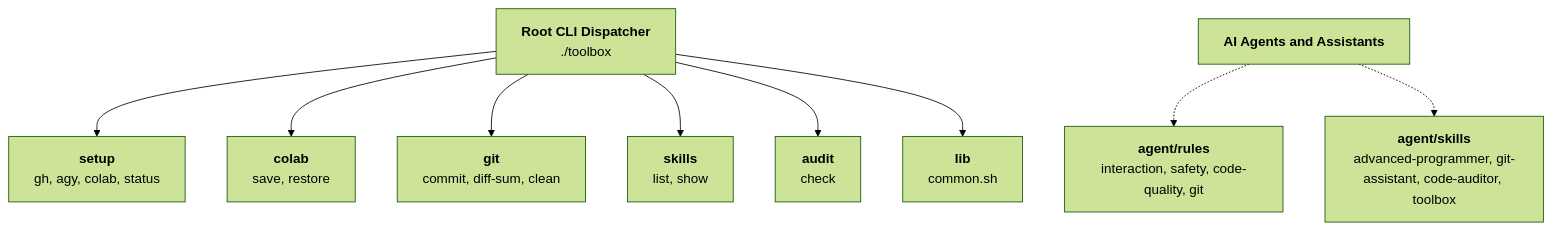
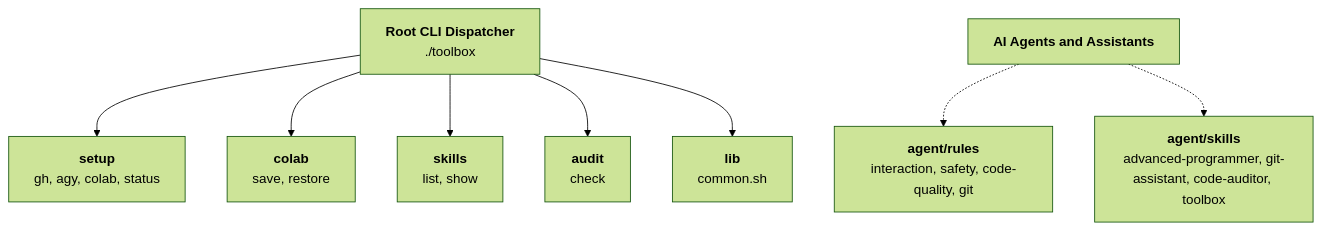
The diagram in AGENTS.md (mkh-user/toolbox), drawn with Mermaid (forest theme) before and after one commit. The commit also changed other lines of this file and 15 other files, not shown here.

````diff
--- a/AGENTS.md
+++ b/AGENTS.md
@@ -11,12 +11,11 @@
 ```mermaid
 flowchart TD
     CLI["<b>Root CLI Dispatcher</b><br/>./toolbox"] --> Setup["<b>setup</b><br/>gh, agy, colab, status"]
     CLI --> Colab["<b>colab</b><br/>save, restore"]
-    CLI --> Git["<b>git</b><br/>commit, diff-sum, clean"]
     CLI --> SkillsTool["<b>skills</b><br/>list, show"]
     CLI --> Audit["<b>audit</b><br/>check"]
     CLI --> Lib["<b>lib</b><br/>common.sh"]
     
     Agents["<b>AI Agents and Assistants</b>"] -.-> Rules["<b>agent/rules</b><br/>interaction, safety, code-quality, git"]
     Agents -.-> Skills["<b>agent/skills</b><br/>advanced-programmer, git-assistant, code-auditor, toolbox"]
 ```
````
